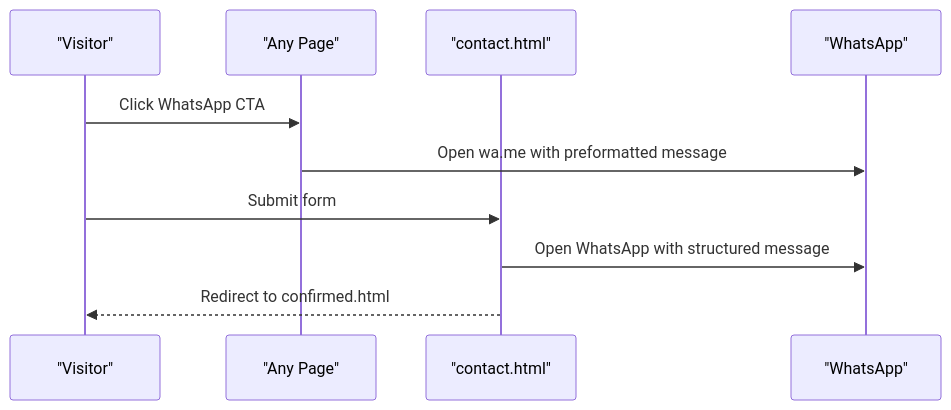
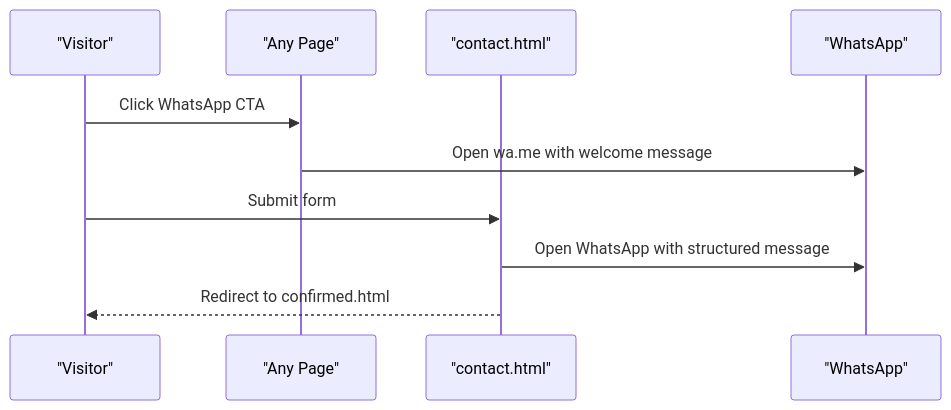
Before and after one commit to lynchip/graduates: the sixth of 8 diagrams in .qoder/repowiki/en/content/Project Overview/Marketing Approach & Conversion Strategy.md, drawn with Mermaid. The commit also changed other lines of this file and 12 other files, not shown here.

````diff
--- a/.qoder/repowiki/en/content/Project Overview/Marketing Approach & Conversion Strategy.md
+++ b/.qoder/repowiki/en/content/Project Overview/Marketing Approach & Conversion Strategy.md
@@ -238,12 +262,12 @@
 ```mermaid
 sequenceDiagram
 participant Visitor as "Visitor"
 participant Page as "Any Page"
 participant Form as "contact.html"
 participant WA as "WhatsApp"
 Visitor->>Page : Click WhatsApp CTA
-Page->>WA : Open wa.me with preformatted message
+Page->>WA : Open wa.me with welcome message
 Visitor->>Form : Submit form
 Form->>WA : Open WhatsApp with structured message
 Form-->>Visitor : Redirect to confirmed.html
 ```
````
